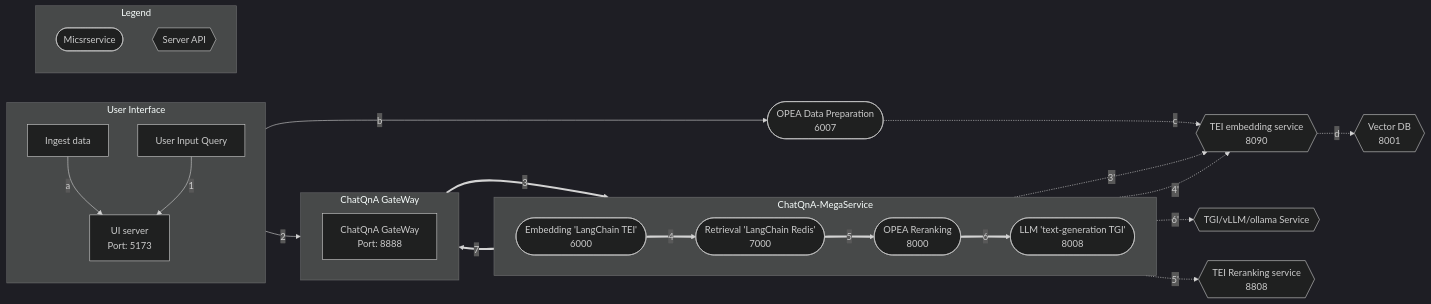
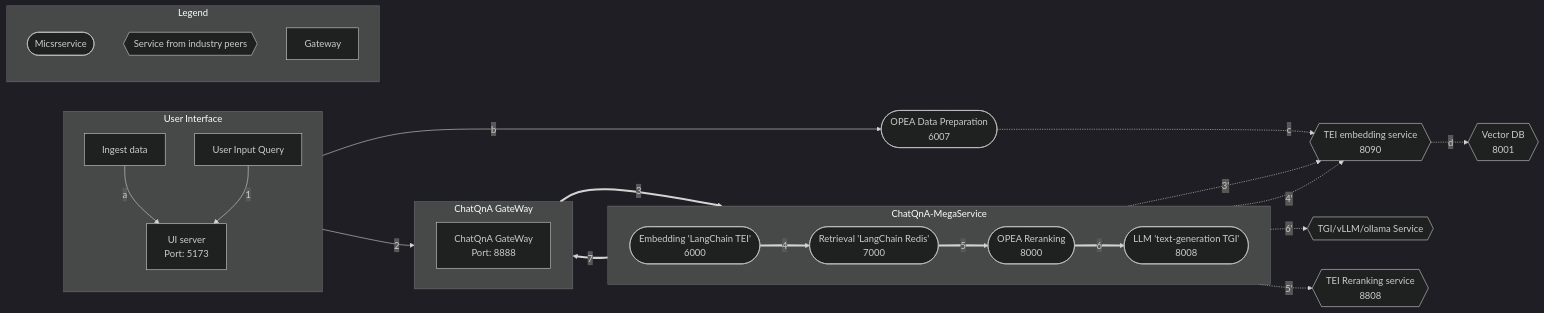
The diagram in ChatQnA/README.md (opea-project/GenAIExamples), drawn with Mermaid (dark theme) before and after one commit.

````diff
--- a/ChatQnA/README.md
+++ b/ChatQnA/README.md
@@ -13,64 +13,65 @@
 ```mermaid
 graph LR
     subgraph ChatQnA-MegaService["ChatQnA-MegaService"]
         direction LR
         EM([Embedding 'LangChain TEI' <br>6000])
         RET([Retrieval 'LangChain Redis'<br>7000])
         RER([Rerank 'TEI'<br>8000])
        LLM([LLM 'text-generation TGI'<br>8008])
     end
 
     direction TB
     TEI_EM{{TEI embedding service<br>8090}}
     VDB{{Vector DB<br>8001}}
     %% Vector DB interaction
     TEI_EM -.->|d|VDB
 
     DP([OPEA Data Preparation<br>6007])
     LLM_gen{{TGI/vLLM/ollama Service}}
 
     direction TB
     RER([OPEA Reranking<br>8000])
     TEI_RER{{TEI Reranking service<br>8808}}
 
     subgraph User Interface
         direction TB
         a[User Input Query]
         Ingest[Ingest data]
         UI[UI server<br>Port: 5173]
     end
 
     subgraph ChatQnA GateWay
         direction LR
         GW[ChatQnA GateWay<br>Port: 8888]
     end
 
     %% Data Preparation flow
     %% Ingest data flow
     direction LR
     Ingest[Ingest data] -->|a| UI
     UI -->|b| DP
     DP -.->|c| TEI_EM
 
     %% Questions interaction
     direction LR
     a[User Input Query] -->|1| UI
     UI -->|2| GW
     GW ==>|3| EM
     EM ==>|4| RET
     RET ==>|5| RER
     RER ==>|6| LLM
     LLM ==>|7| GW
 
     %% Embedding service flow
     direction TB
     EM -.->|3'| TEI_EM
     RET -.->|4'| TEI_EM
     RER -.->|5'| TEI_RER
     LLM -.->|6'| LLM_gen
 
     subgraph Legend
         X([Micsrservice])
-        Y{{Server API}}
+        Y{{Service from industry peers}}
+        Z[Gateway]
     end
 ```
````
